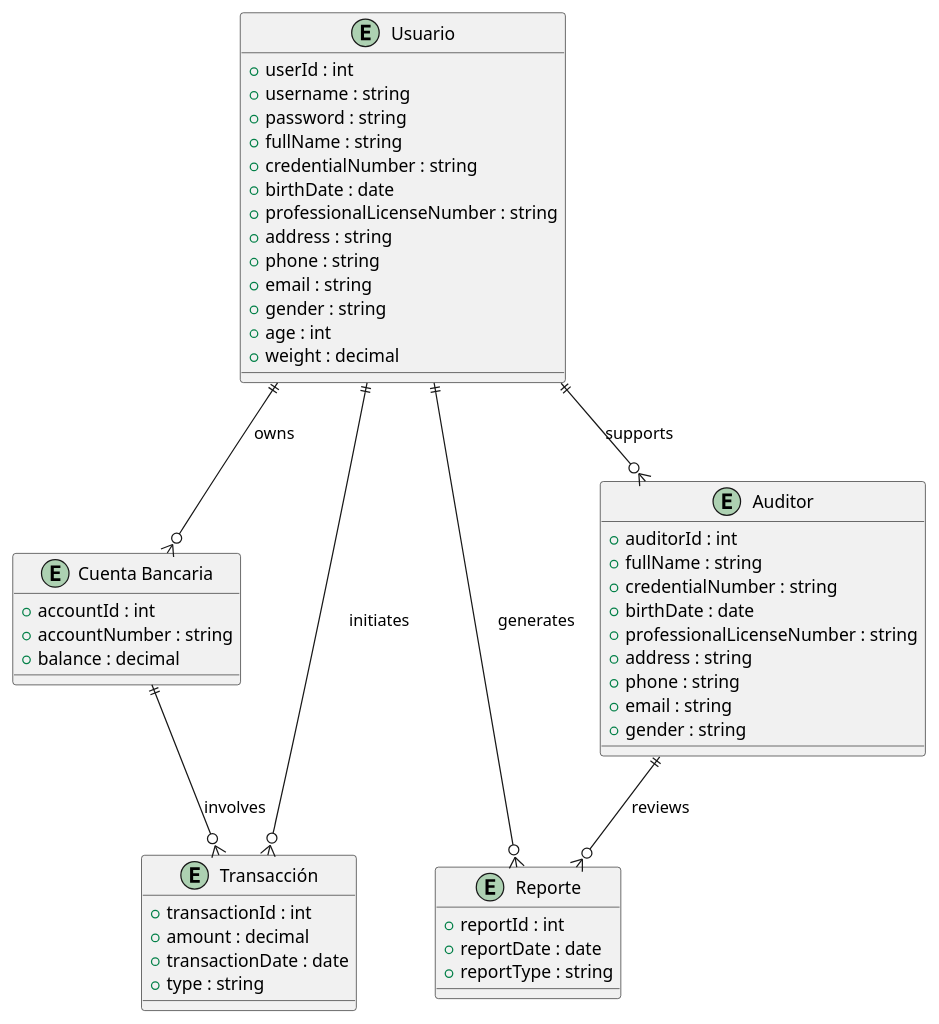
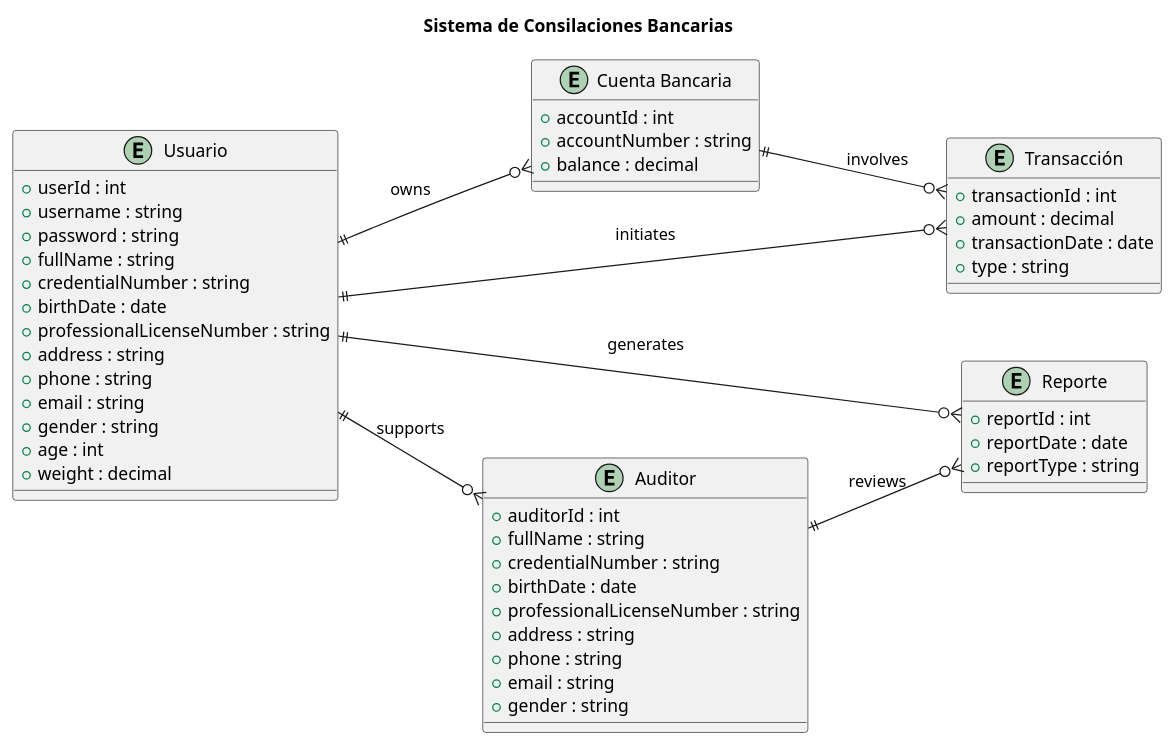
The diagram in EntidadRelacion.puml (ricardouriegas/sistema-de-consilaciones-bancarias), drawn with PlantUML before and after one commit.

Commit message:
better entidad relacion

```diff
--- a/EntidadRelacion.puml
+++ b/EntidadRelacion.puml
@@ -2,56 +2,59 @@
-@startuml
+@startuml EntidadRelacion
+title Sistema de Consilaciones Bancarias
+left to right direction
+
 entity "Usuario" as User {
     + userId : int
     + username : string
     + password : string
     + fullName : string
     + credentialNumber : string
     + birthDate : date
     + professionalLicenseNumber : string
     + address : string
     + phone : string
     + email : string
     + gender : string
     + age : int
     + weight : decimal
 }
 
 entity "Cuenta Bancaria" as BankAccount {
     + accountId : int
     + accountNumber : string
     + balance : decimal
 }
 
 entity "Transacción" as Transaction {
     + transactionId : int
     + amount : decimal
     + transactionDate : date
     + type : string
 }
 
 entity "Reporte" as Report {
     + reportId : int
     + reportDate : date
     + reportType : string
 }
 
 entity "Auditor" as Auditor {
     + auditorId : int
     + fullName : string
     + credentialNumber : string
     + birthDate : date
     + professionalLicenseNumber : string
     + address : string
     + phone : string
     + email : string
     + gender : string
 }
 
 User ||--o{ BankAccount : owns
 User ||--o{ Transaction : initiates
 BankAccount ||--o{ Transaction : involves
 User ||--o{ Report : generates
 Auditor ||--o{ Report : reviews
 User ||--o{ Auditor : supports
 
 @enduml
```
